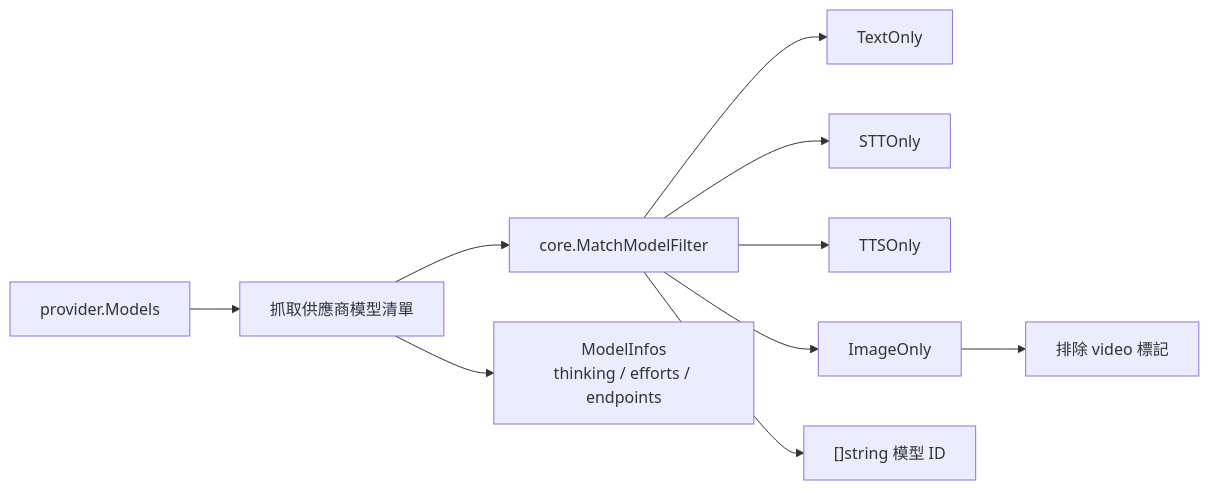
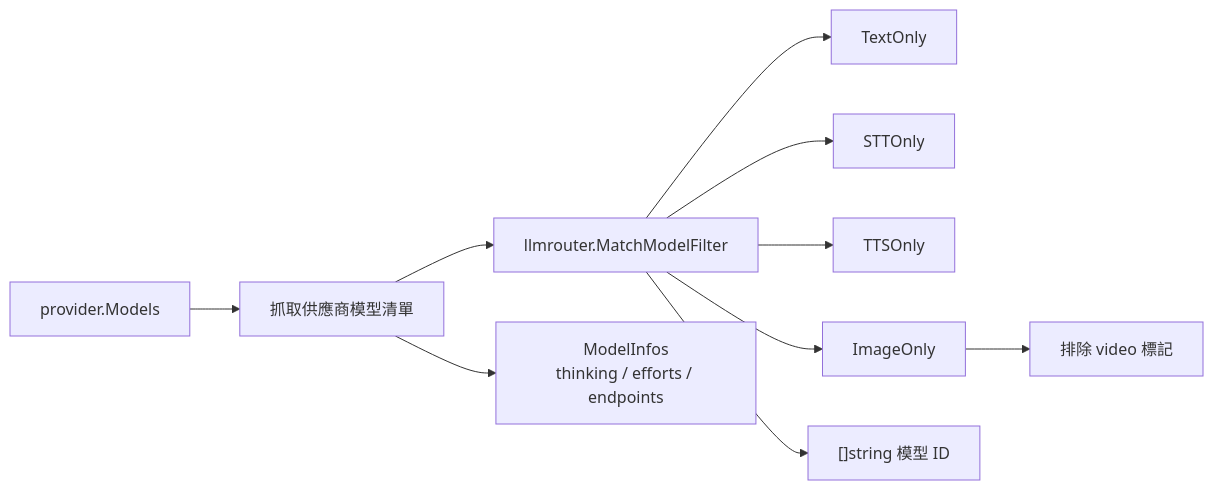
The eighth of 11 diagrams in doc/architecture.zh.md (pardnchiu/go-llm-router), drawn with Mermaid before and after one commit. The commit also changed other lines of this file and 103 other files, not shown here.

Commit message:
chore: Rename package core to llmrouter, callers must update identifiers

````diff
--- a/doc/architecture.zh.md
+++ b/doc/architecture.zh.md
@@ -180,12 +180,12 @@
 ```mermaid
 graph LR
     Models[provider.Models] --> Fetch[抓取供應商模型清單]
-    Fetch --> Match[core.MatchModelFilter]
+    Fetch --> Match[llmrouter.MatchModelFilter]
     Match --> TextOnly[TextOnly]
     Match --> STTOnly[STTOnly]
     Match --> TTSOnly[TTSOnly]
     Match --> ImageOnly[ImageOnly]
     ImageOnly --> NoVideo[排除 video 標記]
     Match --> IDs["[]string 模型 ID"]
     Fetch --> Infos[ModelInfos<br/>thinking / efforts / endpoints]
 ```
````
